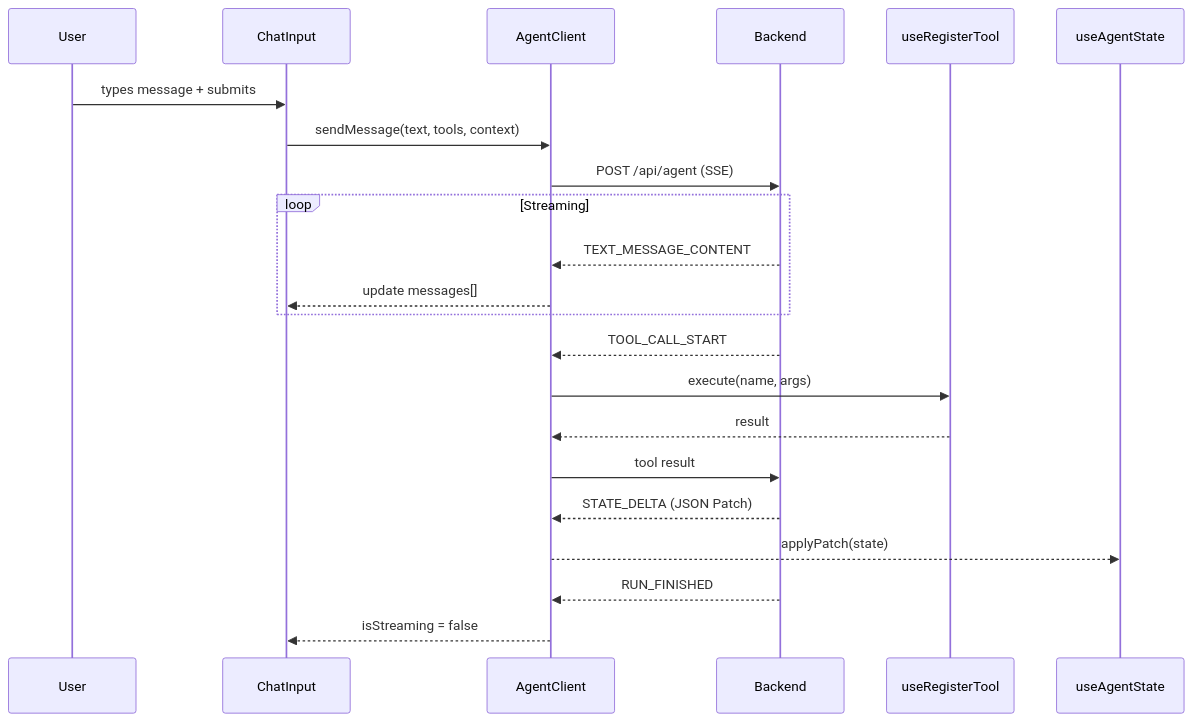
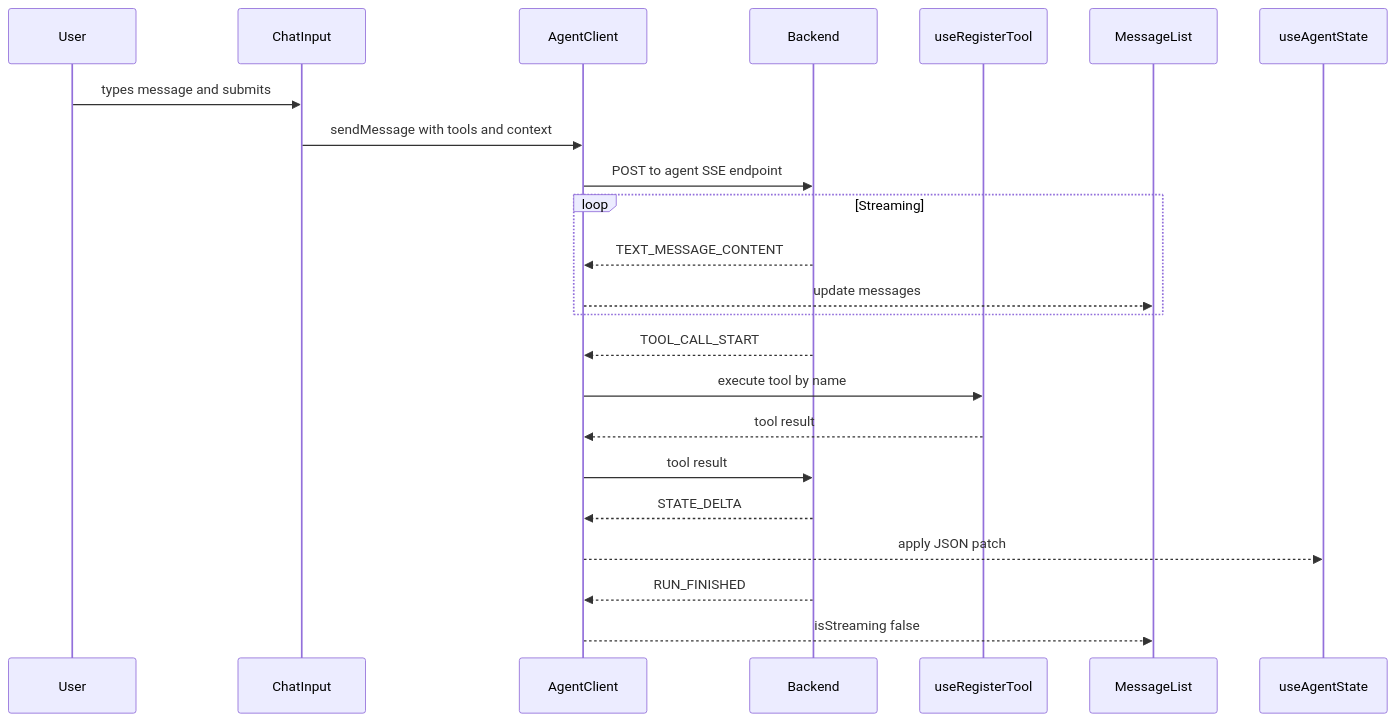
One commit to PiotrMieszczak/chat_ag_ui changed the second of 4 diagrams in README.md. Above: the diagram before and after it, drawn with Mermaid. The commit also changed other lines of this file, not shown here.

Commit message:
docs: fix Mermaid diagram syntax for GitHub renderer

````diff
--- a/README.md
+++ b/README.md
@@ -69,28 +69,30 @@
 ```mermaid
 sequenceDiagram
     participant User
     participant ChatInput
     participant AgentClient
     participant Backend
     participant useRegisterTool
+    participant MessageList
+    participant useAgentState
 
-    User->>ChatInput: types message + submits
-    ChatInput->>AgentClient: sendMessage(text, tools, context)
-    AgentClient->>Backend: POST /api/agent (SSE)
+    User->>ChatInput: types message and submits
+    ChatInput->>AgentClient: sendMessage with tools and context
+    AgentClient->>Backend: POST to agent SSE endpoint
 
     loop Streaming
         Backend-->>AgentClient: TEXT_MESSAGE_CONTENT
-        AgentClient-->>ChatInput: update messages[]
+        AgentClient-->>MessageList: update messages
     end
 
     Backend-->>AgentClient: TOOL_CALL_START
-    AgentClient->>useRegisterTool: execute(name, args)
-    useRegisterTool-->>AgentClient: result
+    AgentClient->>useRegisterTool: execute tool by name
+    useRegisterTool-->>AgentClient: tool result
     AgentClient->>Backend: tool result
 
-    Backend-->>AgentClient: STATE_DELTA (JSON Patch)
-    AgentClient-->>useAgentState: applyPatch(state)
+    Backend-->>AgentClient: STATE_DELTA
+    AgentClient-->>useAgentState: apply JSON patch
 
     Backend-->>AgentClient: RUN_FINISHED
-    AgentClient-->>ChatInput: isStreaming = false
+    AgentClient-->>MessageList: isStreaming false
 ```
````
